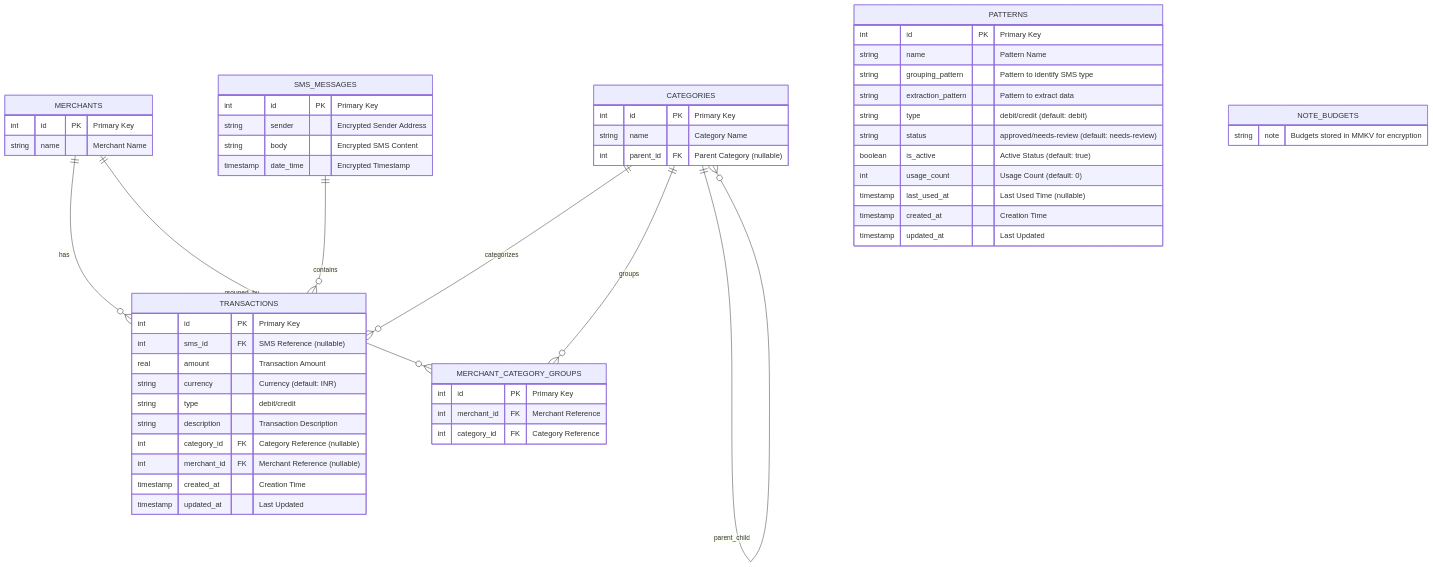
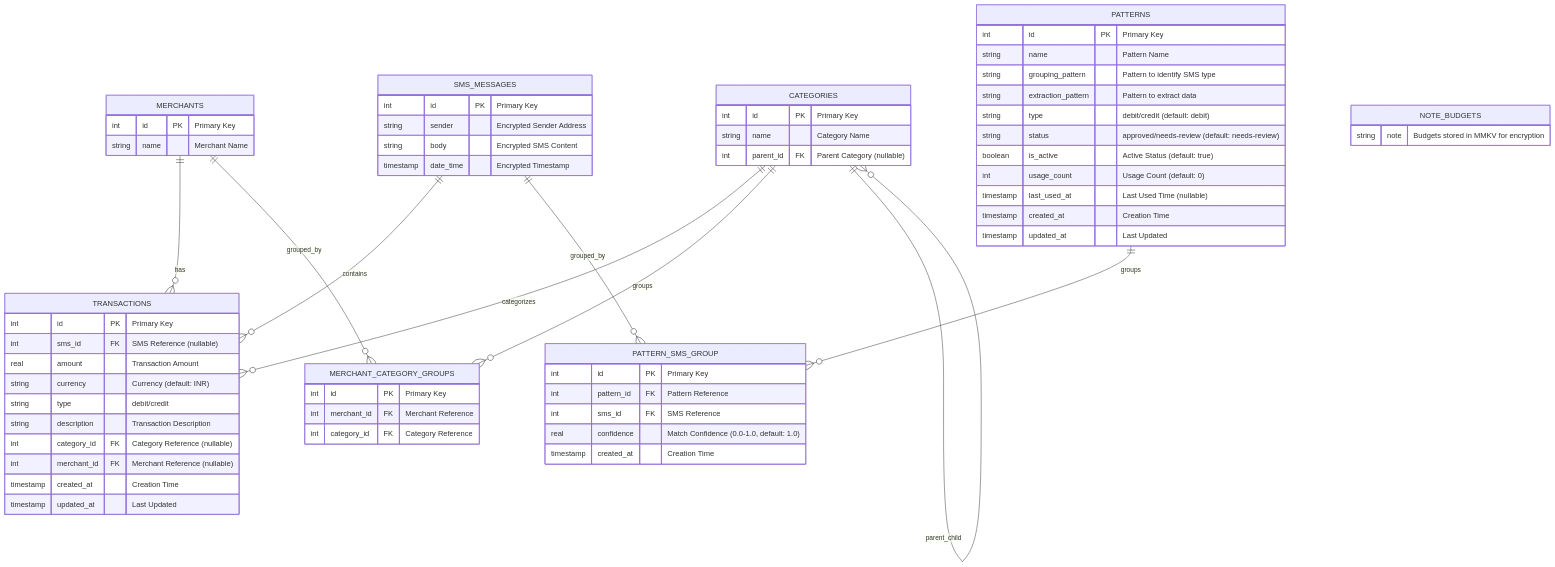
One commit to DonBrowny/rose-wallet changed the diagram in DATABASE_ERD.md. Above: the diagram before and after it, drawn with Mermaid. The commit also changed other lines of this file and 5 other files, not shown here.

Commit message:
add pattern_sms_group table

````diff
--- a/DATABASE_ERD.md
+++ b/DATABASE_ERD.md
@@ -5,67 +5,77 @@
 ```mermaid
 erDiagram
     SMS_MESSAGES {
         int id PK "Primary Key"
         string sender "Encrypted Sender Address"
         string body "Encrypted SMS Content"
         timestamp date_time "Encrypted Timestamp"
     }
     
     MERCHANTS {
         int id PK "Primary Key"
         string name "Merchant Name"
     }
     
     CATEGORIES {
         int id PK "Primary Key"
         string name "Category Name"
         int parent_id FK "Parent Category (nullable)"
     }
     
     MERCHANT_CATEGORY_GROUPS {
         int id PK "Primary Key"
         int merchant_id FK "Merchant Reference"
         int category_id FK "Category Reference"
     }
     
     TRANSACTIONS {
         int id PK "Primary Key"
         int sms_id FK "SMS Reference (nullable)"
         real amount "Transaction Amount"
         string currency "Currency (default: INR)"
         string type "debit/credit"
         string description "Transaction Description"
         int category_id FK "Category Reference (nullable)"
         int merchant_id FK "Merchant Reference (nullable)"
         timestamp created_at "Creation Time"
         timestamp updated_at "Last Updated"
     }
     
     PATTERNS {
         int id PK "Primary Key"
         string name "Pattern Name"
         string grouping_pattern "Pattern to identify SMS type"
         string extraction_pattern "Pattern to extract data"
         string type "debit/credit (default: debit)"
         string status "approved/needs-review (default: needs-review)"
         boolean is_active "Active Status (default: true)"
         int usage_count "Usage Count (default: 0)"
         timestamp last_used_at "Last Used Time (nullable)"
         timestamp created_at "Creation Time"
         timestamp updated_at "Last Updated"
     }
     
+    PATTERN_SMS_GROUP {
+        int id PK "Primary Key"
+        int pattern_id FK "Pattern Reference"
+        int sms_id FK "SMS Reference"
+        real confidence "Match Confidence (0.0-1.0, default: 1.0)"
+        timestamp created_at "Creation Time"
+    }
+    
     NOTE_BUDGETS {
         string note "Budgets stored in MMKV for encryption"
     }
     
     %% Relationships
     SMS_MESSAGES ||--o{ TRANSACTIONS : "contains"
     MERCHANTS ||--o{ TRANSACTIONS : "has"
     CATEGORIES ||--o{ TRANSACTIONS : "categorizes"
     MERCHANTS ||--o{ MERCHANT_CATEGORY_GROUPS : "grouped_by"
     CATEGORIES ||--o{ MERCHANT_CATEGORY_GROUPS : "groups"
     CATEGORIES ||--o{ CATEGORIES : "parent_child"
+    PATTERNS ||--o{ PATTERN_SMS_GROUP : "groups"
+    SMS_MESSAGES ||--o{ PATTERN_SMS_GROUP : "grouped_by"
     
     %% Note: Budgets are stored in MMKV, not in database
 ```
````
